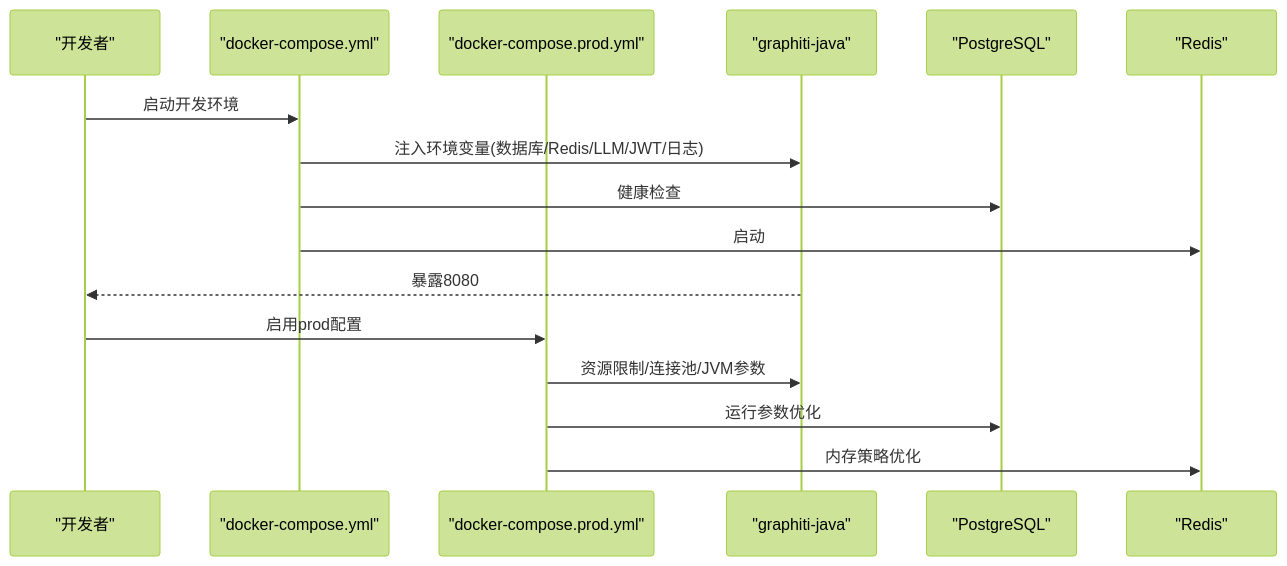
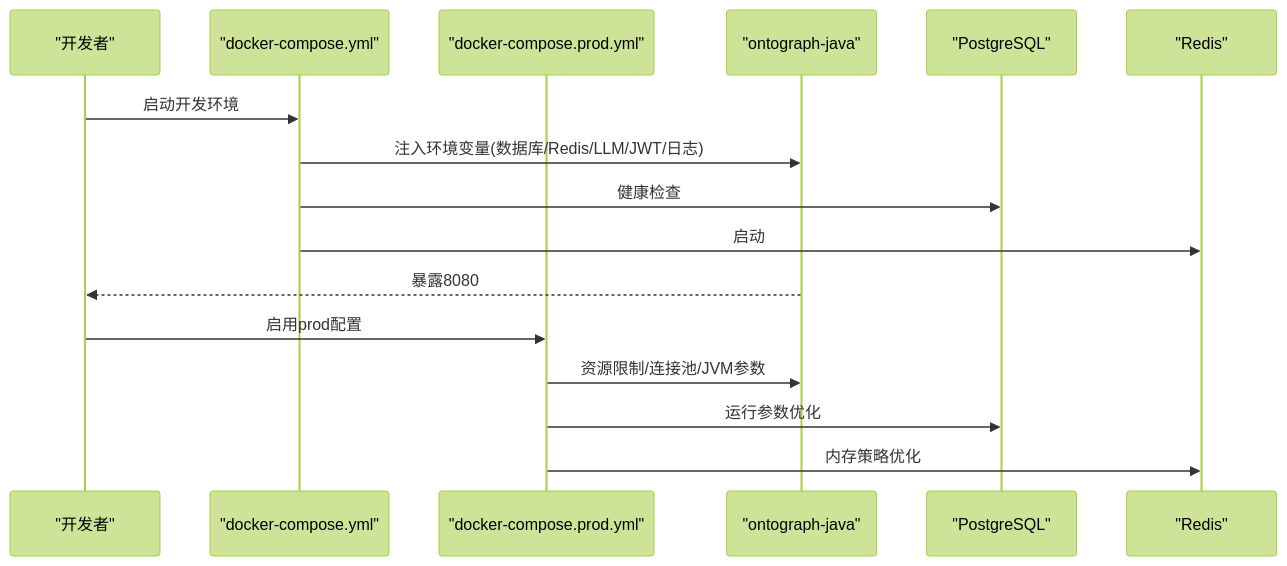
The fourth of 5 diagrams in docs/manual/部署运维/部署运维.md (joezxh/graphiti-java), drawn with Mermaid (forest theme) before and after one commit. The commit also changed other lines of this file and 504 other files, not shown here.

Commit message:
refactor: rename Maven modules from graphiti-* to ontograph-* and update all docs

````diff
--- a/docs/manual/部署运维/部署运维.md
+++ b/docs/manual/部署运维/部署运维.md
@@ -151,18 +151,18 @@
 ```mermaid
 sequenceDiagram
 participant Dev as "开发者"
 participant DC as "docker-compose.yml"
 participant Prod as "docker-compose.prod.yml"
-participant App as "graphiti-java"
+participant App as "ontograph-java"
 participant PG as "PostgreSQL"
 participant RD as "Redis"
 Dev->>DC : 启动开发环境
 DC->>App : 注入环境变量(数据库/Redis/LLM/JWT/日志)
 DC->>PG : 健康检查
 DC->>RD : 启动
 App-->>Dev : 暴露8080
 Dev->>Prod : 启用prod配置
 Prod->>App : 资源限制/连接池/JVM参数
 Prod->>PG : 运行参数优化
 Prod->>RD : 内存策略优化
 ```
````
